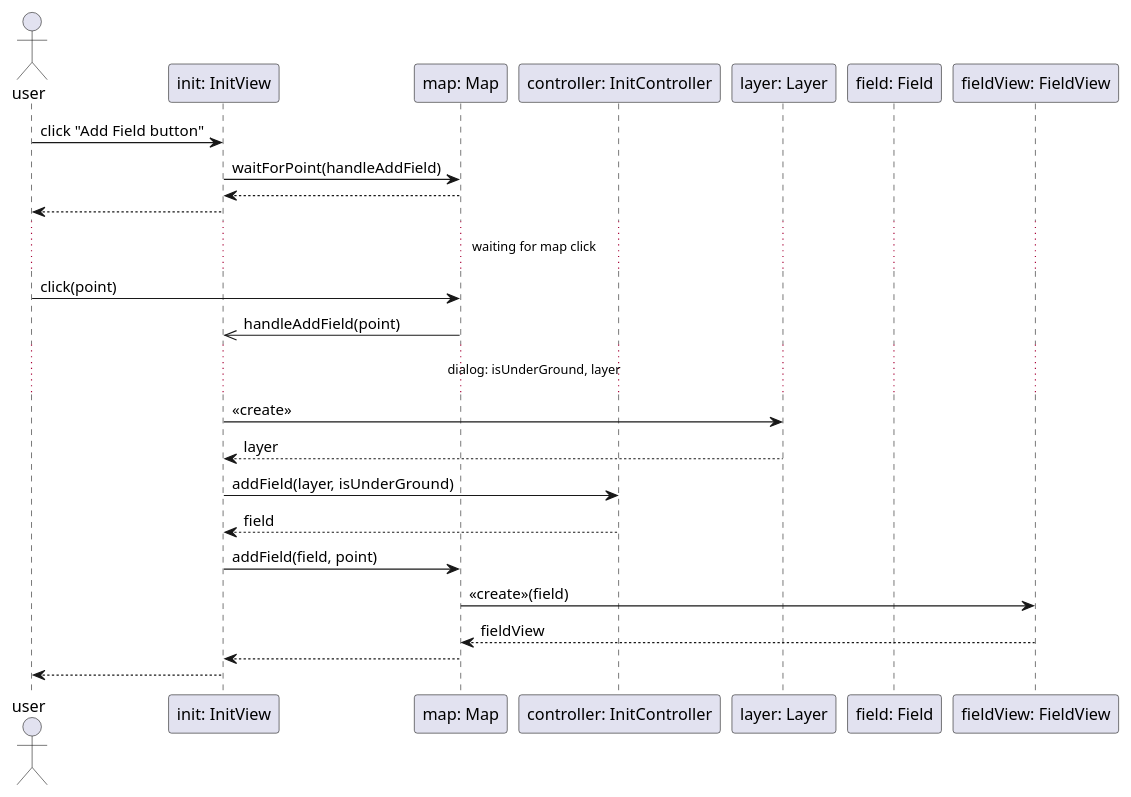
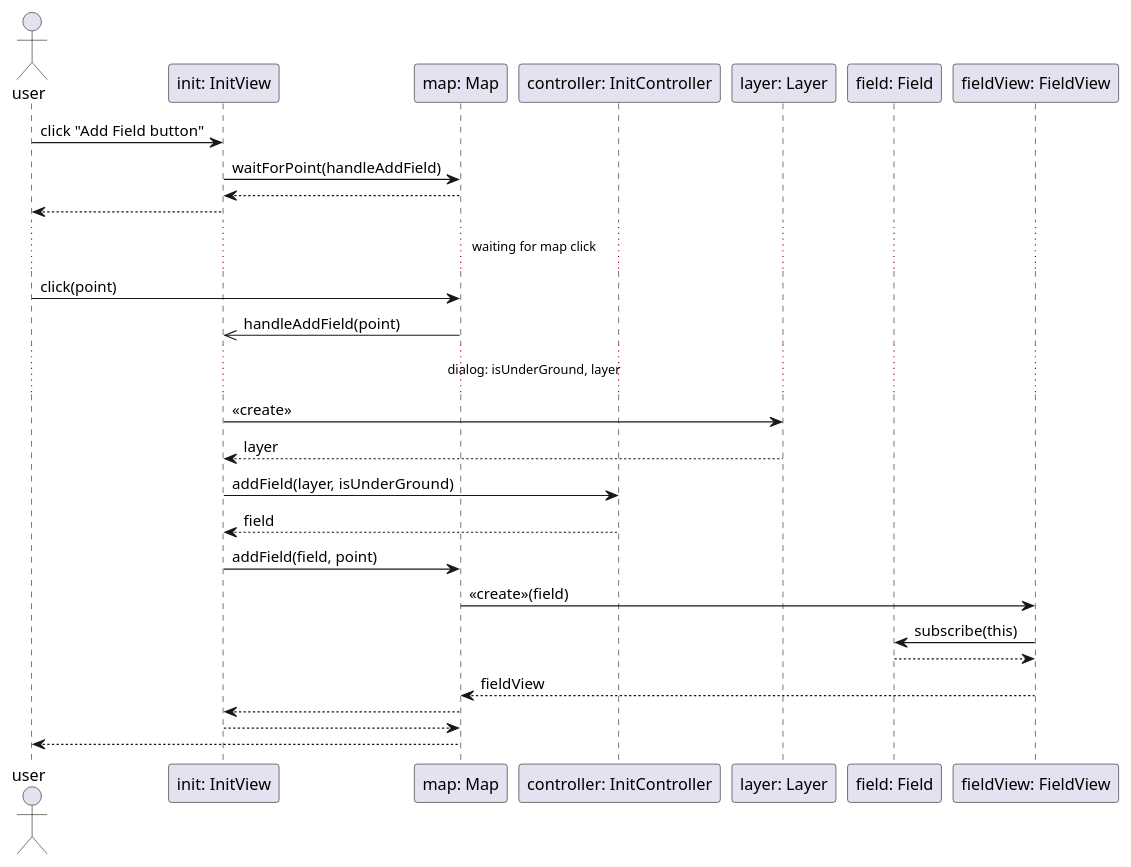
Before and after one commit to uhrinandor/spring: the diagram in docs/graphics/sequence/addfield.plantuml, drawn with PlantUML.

Commit message:
addfield fixes

```diff
--- a/docs/graphics/sequence/addfield.plantuml
+++ b/docs/graphics/sequence/addfield.plantuml
@@ -1,36 +1,40 @@
 @startuml
 
 actor "user" as user
 participant "init: InitView" as init
 participant "map: Map" as map
 participant "controller: InitController" as controller
 participant "layer: Layer" as layer
 participant "field: Field" as field
 participant "fieldView: FieldView" as fieldView
 
 user -> init: click "Add Field button"
 
 init -> map: waitForPoint(handleAddField)
 map --> init:
 init --> user:
 
 ... waiting for map click ...
 
 user -> map: click(point)
 map ->> init: handleAddField(point)
 
 ... dialog: isUnderGround, layer ...
 
 init -> layer: <<create>>
 layer --> init: layer
 
 init -> controller: addField(layer, isUnderGround)
 controller --> init: field
 
 init -> map: addField(field, point)
 map -> fieldView: <<create>>(field)
+fieldView -> field: subscribe(this)
+field --> fieldView:
 fieldView --> map: fieldView
 map --> init:
-init --> user:
+init --> map:
+map --> user:
+
 
 @enduml
```
